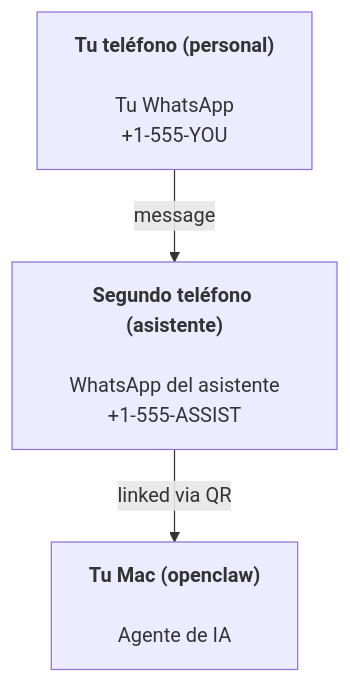
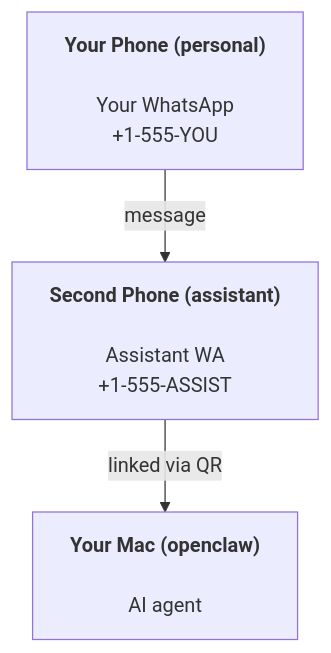
The diagram in docs/es/start/openclaw.md (openclaw/docs), drawn with Mermaid before and after one commit. The commit also changed other lines of this file and 2153 other files, not shown here.

````diff
--- a/docs/es/start/openclaw.md
+++ b/docs/es/start/openclaw.md
@@ -42,5 +36,5 @@
 ```mermaid
 flowchart TB
-    A["<b>Tu teléfono (personal)<br></b><br>Tu WhatsApp<br>+1-555-YOU"] -- message --> B["<b>Segundo teléfono (asistente)<br></b><br>WhatsApp del asistente<br>+1-555-ASSIST"]
-    B -- linked via QR --> C["<b>Tu Mac (openclaw)<br></b><br>Agente de IA"]
+    A["<b>Your Phone (personal)<br></b><br>Your WhatsApp<br>+1-555-YOU"] -- message --> B["<b>Second Phone (assistant)<br></b><br>Assistant WA<br>+1-555-ASSIST"]
+    B -- linked via QR --> C["<b>Your Mac (openclaw)<br></b><br>AI agent"]
 ```
````
